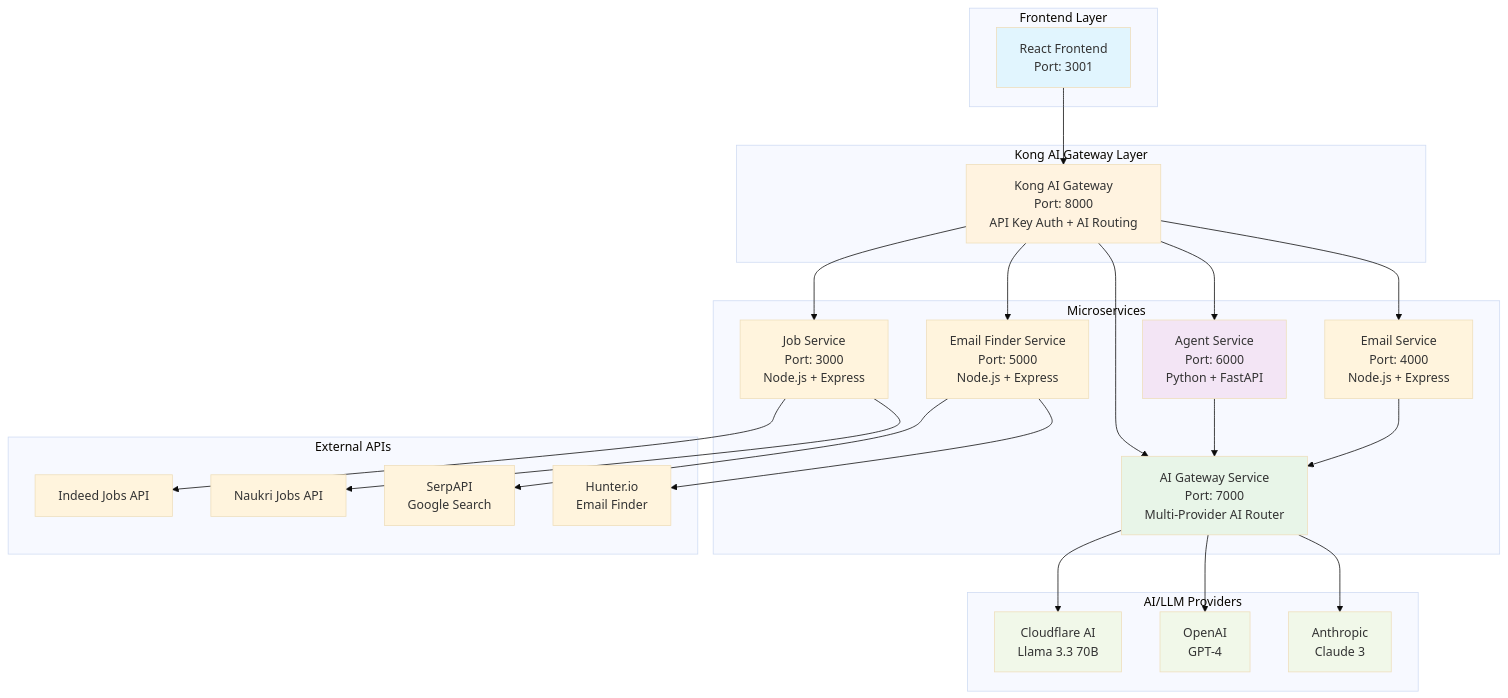
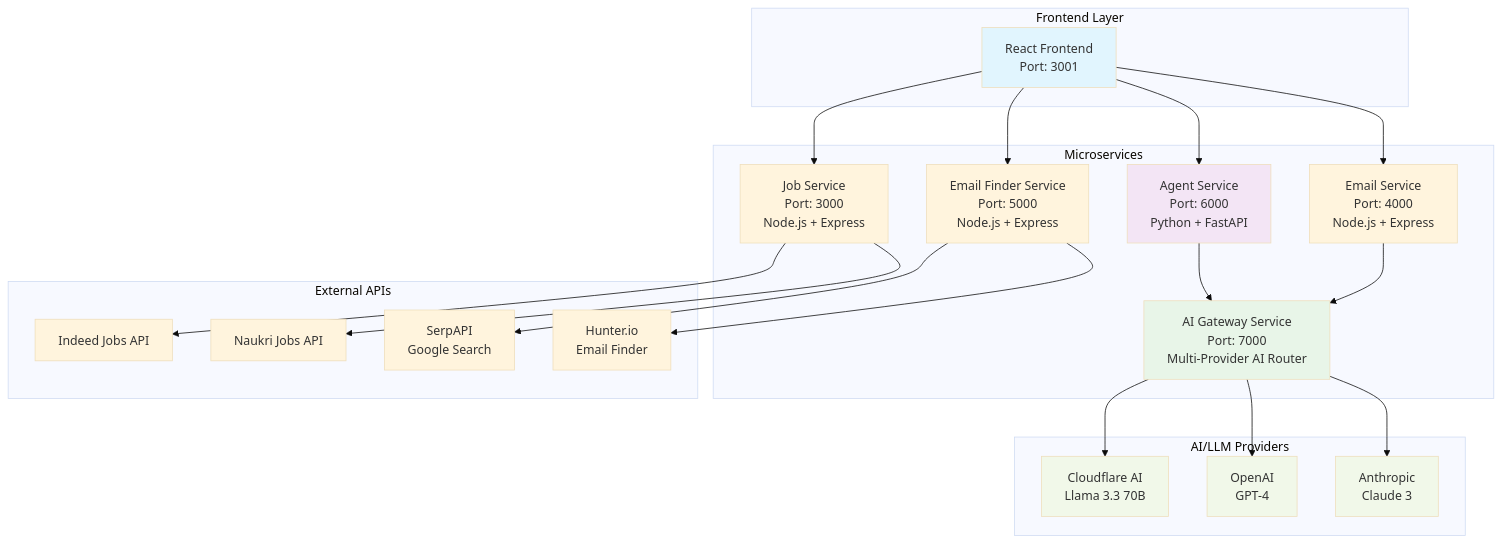
Before and after one commit to sanikaardekar/kong-agentic-ai: the diagram in readme.md, drawn with Mermaid (base theme). The commit also changed other lines of this file and 26 other files, not shown here.

Commit message:
Cleanup, Removed Kong INtegrations from the APP, removed ai gateway, api gateway, and fixed agent service to use cloudfare api directly instead of agentic flow

````diff
--- a/readme.md
+++ b/readme.md
@@ -30,58 +30,51 @@
 ```mermaid
 graph TB
     subgraph "Frontend Layer"
         FE[React Frontend<br/>Port: 3001]
-    end
-    
-    subgraph "Kong AI Gateway Layer"
-        KONG[Kong AI Gateway<br/>Port: 8000<br/>API Key Auth + AI Routing]
     end
     
     subgraph "Microservices"
         AGENT[Agent Service<br/>Port: 6000<br/>Python + FastAPI]
         JOB[Job Service<br/>Port: 3000<br/>Node.js + Express]
         EMAIL[Email Service<br/>Port: 4000<br/>Node.js + Express]
         FINDER[Email Finder Service<br/>Port: 5000<br/>Node.js + Express]
         AIGATEWAY[AI Gateway Service<br/>Port: 7000<br/>Multi-Provider AI Router]
     end
     
     subgraph "AI/LLM Providers"
         CF[Cloudflare AI<br/>Llama 3.3 70B]
         OPENAI[OpenAI<br/>GPT-4]
         ANTHROPIC[Anthropic<br/>Claude 3]
     end
     
     subgraph "External APIs"
         INDEED[Indeed Jobs API]
         NAUKRI[Naukri Jobs API]
         SERPAPI[SerpAPI<br/>Google Search]
         HUNTER[Hunter.io<br/>Email Finder]
     end
     
-    FE --> KONG
-    KONG --> AGENT
-    KONG --> JOB
-    KONG --> EMAIL
-    KONG --> FINDER
-    KONG --> AIGATEWAY
+    FE --> AGENT
+    FE --> JOB
+    FE --> EMAIL
+    FE --> FINDER
     
     AGENT --> AIGATEWAY
     EMAIL --> AIGATEWAY
     
     AIGATEWAY --> CF
     AIGATEWAY --> OPENAI
     AIGATEWAY --> ANTHROPIC
     
     JOB --> INDEED
     JOB --> NAUKRI
     FINDER --> SERPAPI
     FINDER --> HUNTER
     
     style FE fill:#e1f5fe
-    style KONG fill:#fff3e0
     style AGENT fill:#f3e5f5
     style AIGATEWAY fill:#e8f5e8
     style CF fill:#f1f8e9
     style OPENAI fill:#f1f8e9
     style ANTHROPIC fill:#f1f8e9
 ```
````
